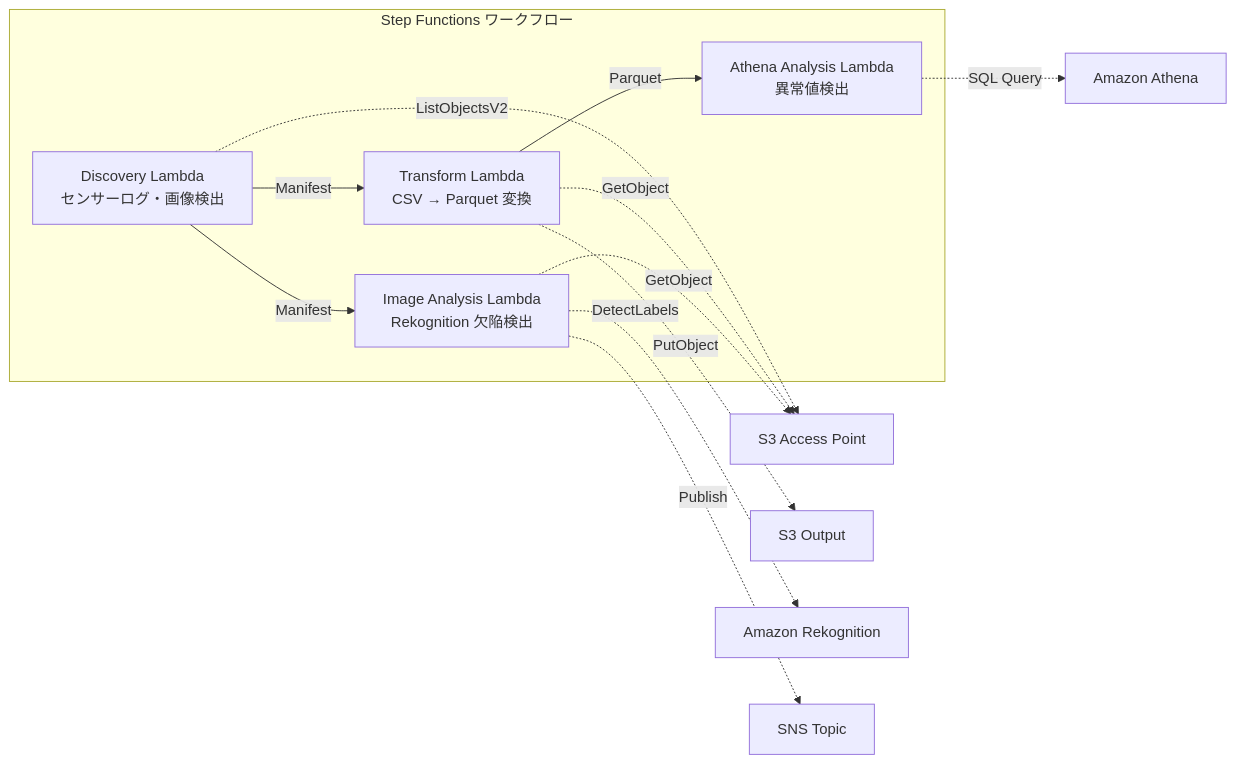
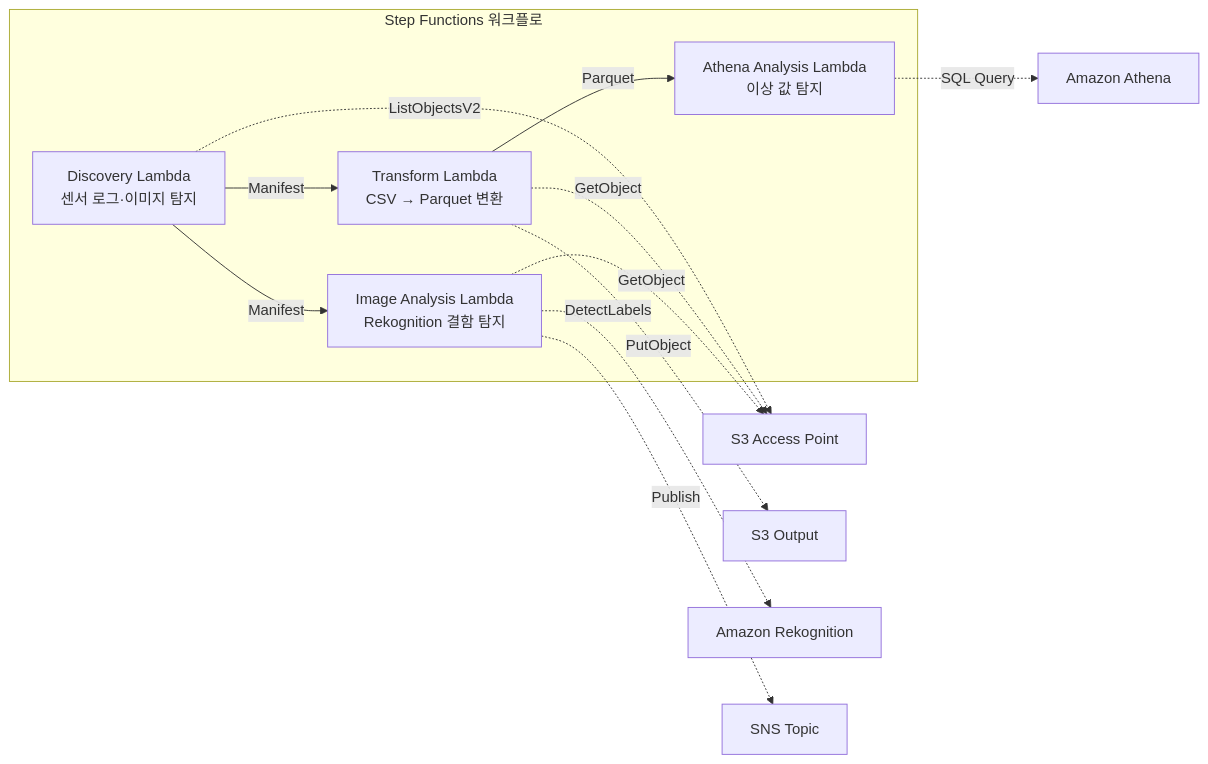
One commit to Yoshiki0705/FSx-for-ONTAP-S3AccessPoints-Serverless-Patterns changed the diagram in solutions/industry/manufacturing-analytics/README.ko.md. Above: the diagram before and after it, drawn with Mermaid. The commit also changed other lines of this file and 20 other files, not shown here.

````diff
--- a/solutions/industry/manufacturing-analytics/README.ko.md
+++ b/solutions/industry/manufacturing-analytics/README.ko.md
@@ -49,21 +53,21 @@
 ```mermaid
 graph LR
-    subgraph "Step Functions ワークフロー"
-        D[Discovery Lambda<br/>センサーログ・画像検出]
-        TR[Transform Lambda<br/>CSV → Parquet 変換]
-        ATH[Athena Analysis Lambda<br/>異常値検出]
-        IMG[Image Analysis Lambda<br/>Rekognition 欠陥検出]
+    subgraph "Step Functions 워크플로"
+        D[Discovery Lambda<br/>센서 로그·이미지 탐지]
+        TR[Transform Lambda<br/>CSV → Parquet 변환]
+        ATH[Athena Analysis Lambda<br/>이상 값 탐지]
+        IMG[Image Analysis Lambda<br/>Rekognition 결함 탐지]
     end
 
     D -->|Manifest| TR
     D -->|Manifest| IMG
     TR -->|Parquet| ATH
 
     D -.->|ListObjectsV2| S3AP[S3 Access Point]
     TR -.->|GetObject| S3AP
     TR -.->|PutObject| S3OUT[S3 Output]
     ATH -.->|SQL Query| Athena[Amazon Athena]
     IMG -.->|GetObject| S3AP
     IMG -.->|DetectLabels| Rekognition[Amazon Rekognition]
     IMG -.->|Publish| SNS[SNS Topic]
 ```
````
